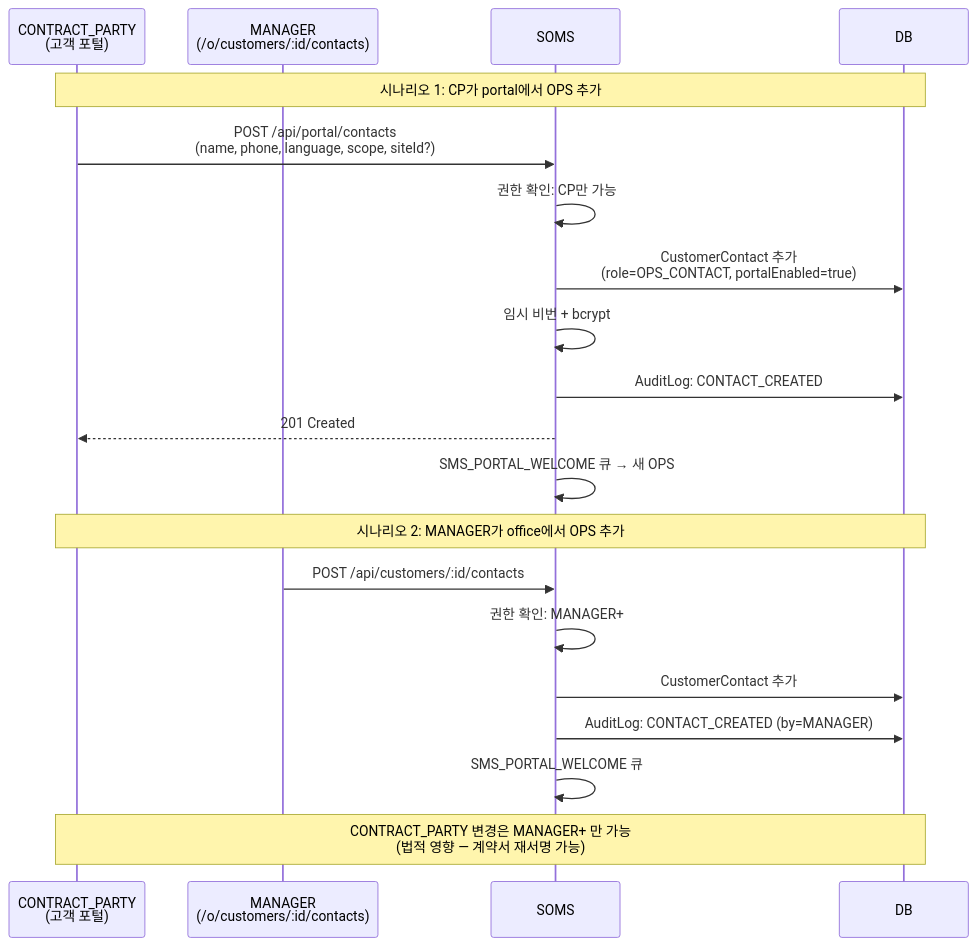
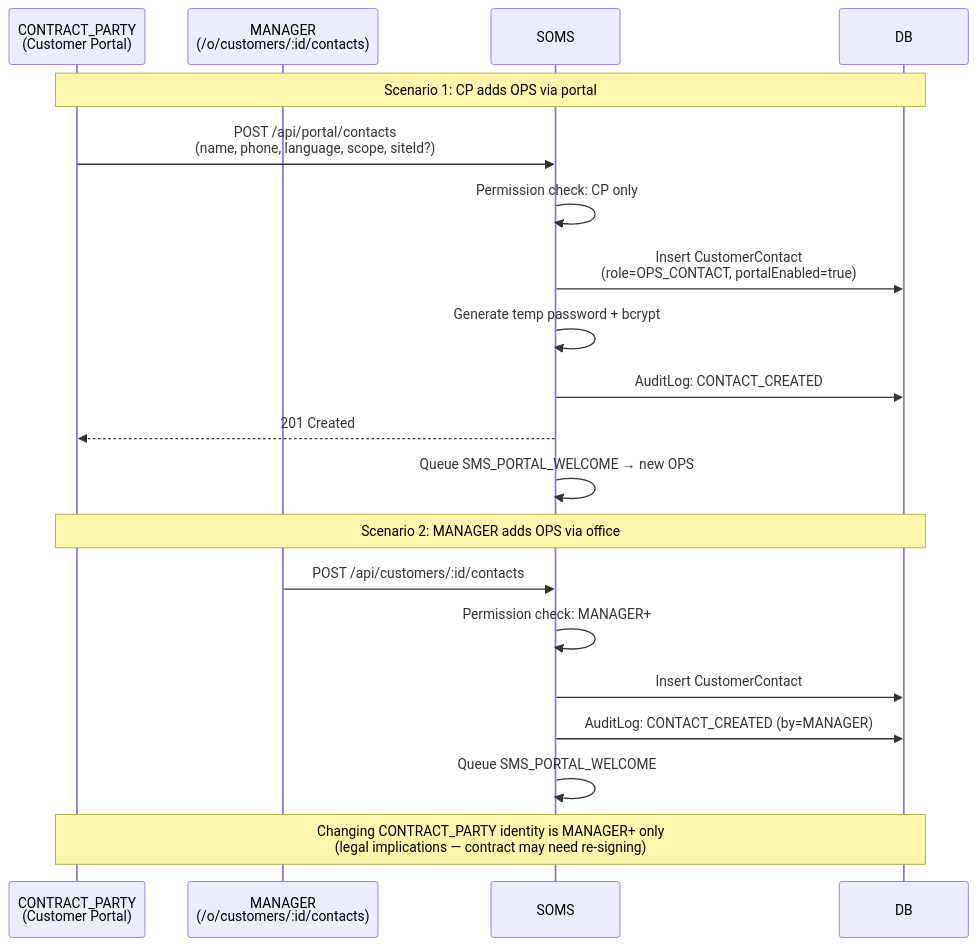
Before and after one commit to JoJakeTaemoon/jakes-home-appliances-soms: the seventh of 43 diagrams in docs/USER_WORKFLOWS.md, drawn with Mermaid. The commit also changed other lines of this file and 1 other file, not shown here.

First line of the commit message:
docs(workflows): add per-Part summary diagrams to HOW_TO_USE.md + translate USER_WORKFLOWS.md to English

````diff
--- a/docs/USER_WORKFLOWS.md
+++ b/docs/USER_WORKFLOWS.md
@@ -240,27 +240,27 @@
 ```mermaid
 sequenceDiagram
-  participant CP as CONTRACT_PARTY<br/>(고객 포털)
+  participant CP as CONTRACT_PARTY<br/>(Customer Portal)
   participant Office as MANAGER<br/>(/o/customers/:id/contacts)
   participant System as SOMS
   participant DB as DB
 
-  Note over CP,DB: 시나리오 1: CP가 portal에서 OPS 추가
+  Note over CP,DB: Scenario 1: CP adds OPS via portal
 
   CP->>System: POST /api/portal/contacts<br/>(name, phone, language, scope, siteId?)
-  System->>System: 권한 확인: CP만 가능
-  System->>DB: CustomerContact 추가<br/>(role=OPS_CONTACT, portalEnabled=true)
-  System->>System: 임시 비번 + bcrypt
+  System->>System: Permission check: CP only
+  System->>DB: Insert CustomerContact<br/>(role=OPS_CONTACT, portalEnabled=true)
+  System->>System: Generate temp password + bcrypt
   System->>DB: AuditLog: CONTACT_CREATED
   System-->>CP: 201 Created
-  System->>System: SMS_PORTAL_WELCOME 큐 → 새 OPS
+  System->>System: Queue SMS_PORTAL_WELCOME → new OPS
 
-  Note over CP,DB: 시나리오 2: MANAGER가 office에서 OPS 추가
+  Note over CP,DB: Scenario 2: MANAGER adds OPS via office
 
   Office->>System: POST /api/customers/:id/contacts
-  System->>System: 권한 확인: MANAGER+
-  System->>DB: CustomerContact 추가
+  System->>System: Permission check: MANAGER+
+  System->>DB: Insert CustomerContact
   System->>DB: AuditLog: CONTACT_CREATED (by=MANAGER)
-  System->>System: SMS_PORTAL_WELCOME 큐
+  System->>System: Queue SMS_PORTAL_WELCOME
 
-  Note over CP,DB: CONTRACT_PARTY 변경은 MANAGER+ 만 가능<br/>(법적 영향 — 계약서 재서명 가능)
+  Note over CP,DB: Changing CONTRACT_PARTY identity is MANAGER+ only<br/>(legal implications — contract may need re-signing)
 ```
````
